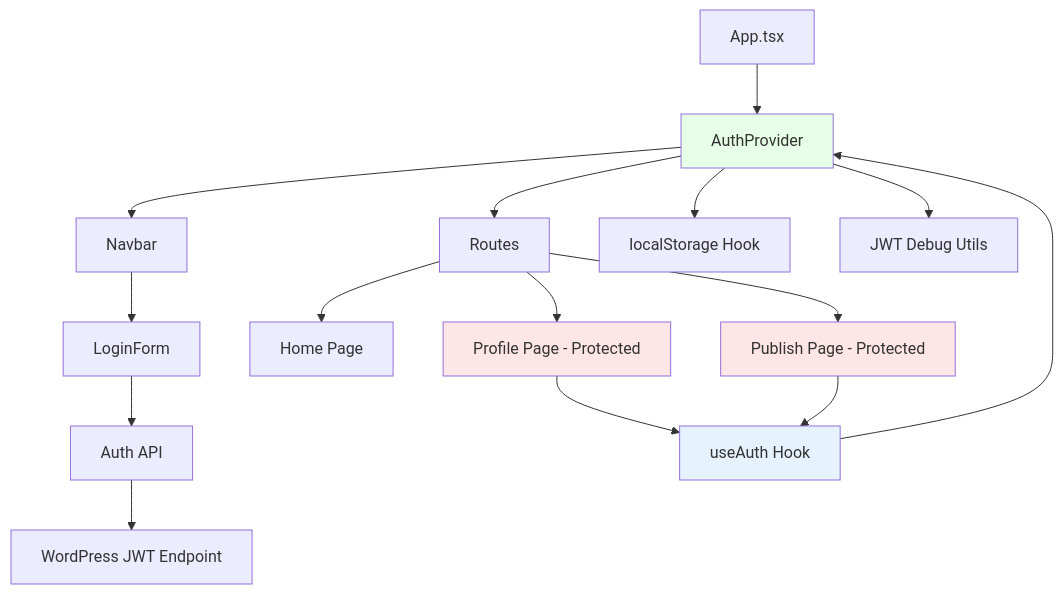
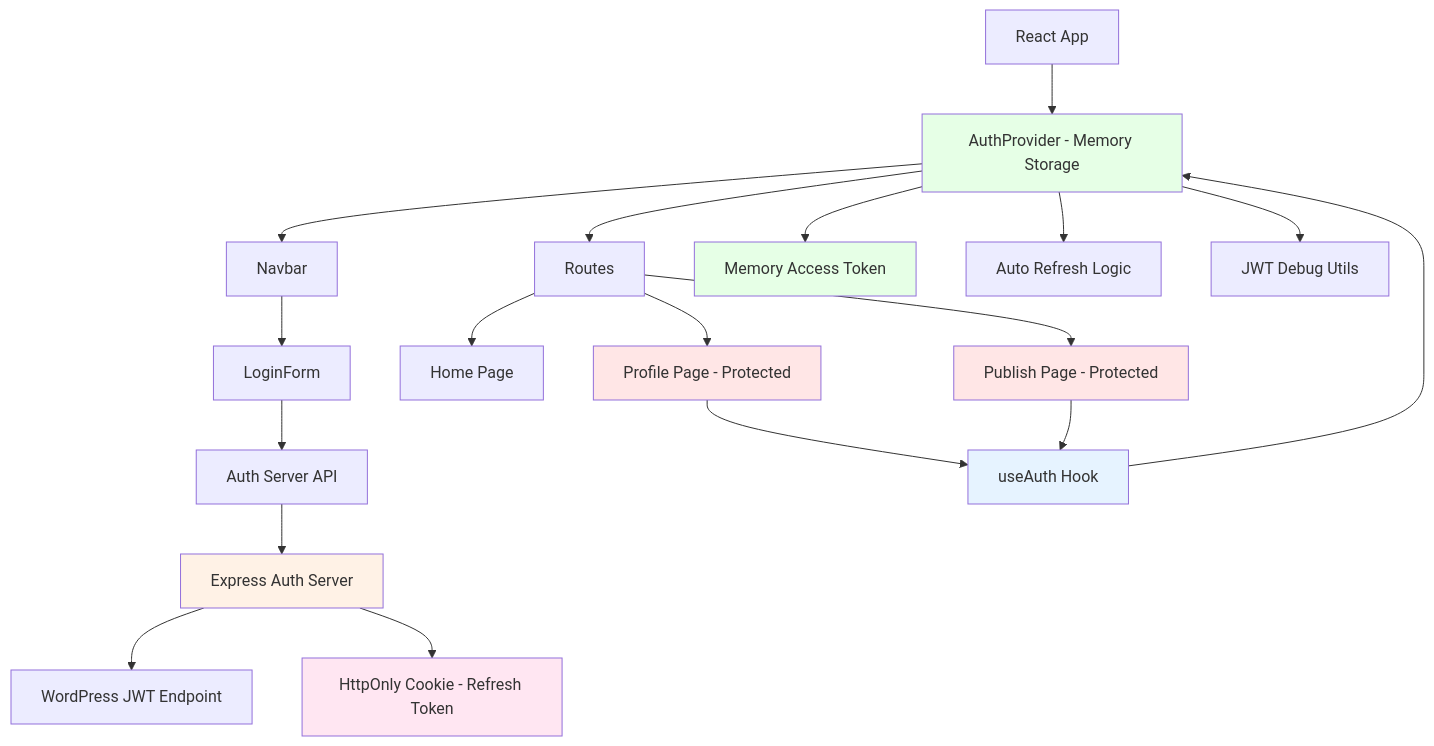
One commit to juanma-wp/wcg2025-demos changed the first of 2 diagrams in react-wp-jwt-demo/README.md. Above: the diagram before and after it, drawn with Mermaid. The commit also changed other lines of this file and 18 other files, not shown here.

First line of the commit message:
Refactor authentication flow and enhance README for React JWT Demo

````diff
--- a/react-wp-jwt-demo/README.md
+++ b/react-wp-jwt-demo/README.md
@@ -106,26 +152,32 @@
 ```mermaid
 graph TD
-    A[App.tsx] --> B[AuthProvider]
+    A[React App] --> B[AuthProvider - Memory Storage]
     B --> C[Navbar]
     B --> D[Routes]
-    
+
     D --> E[Home Page]
     D --> F[Profile Page - Protected]
     D --> G[Publish Page - Protected]
-    
+
     C --> H[LoginForm]
-    H --> I[Auth API]
-    I --> J[WordPress JWT Endpoint]
-    
-    B --> K[localStorage Hook]
-    B --> L[JWT Debug Utils]
-    
-    F --> M[useAuth Hook]
-    G --> M
-    M --> B
-    
+    H --> I[Auth Server API]
+    I --> J[Express Auth Server]
+    J --> K[WordPress JWT Endpoint]
+
+    B --> L[Memory Access Token]
+    J --> M[HttpOnly Cookie - Refresh Token]
+    B --> N[Auto Refresh Logic]
+    B --> O[JWT Debug Utils]
+
+    F --> P[useAuth Hook]
+    G --> P
+    P --> B
+
     style F fill:#ffe6e6
     style G fill:#ffe6e6
-    style M fill:#e6f3ff
+    style P fill:#e6f3ff
     style B fill:#e6ffe6
+    style J fill:#fff2e6
+    style L fill:#e6ffe6
+    style M fill:#ffe6f2
 ```
````
